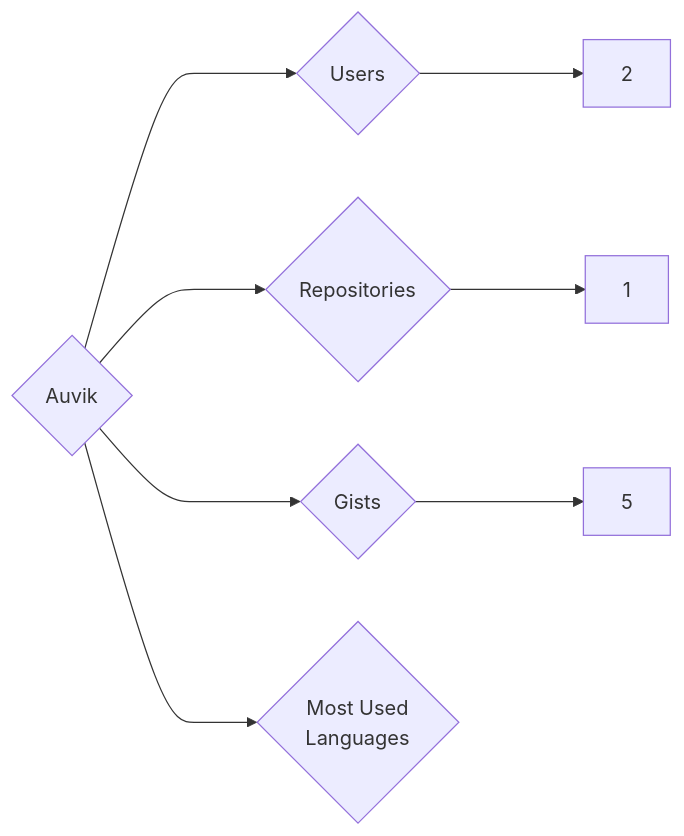
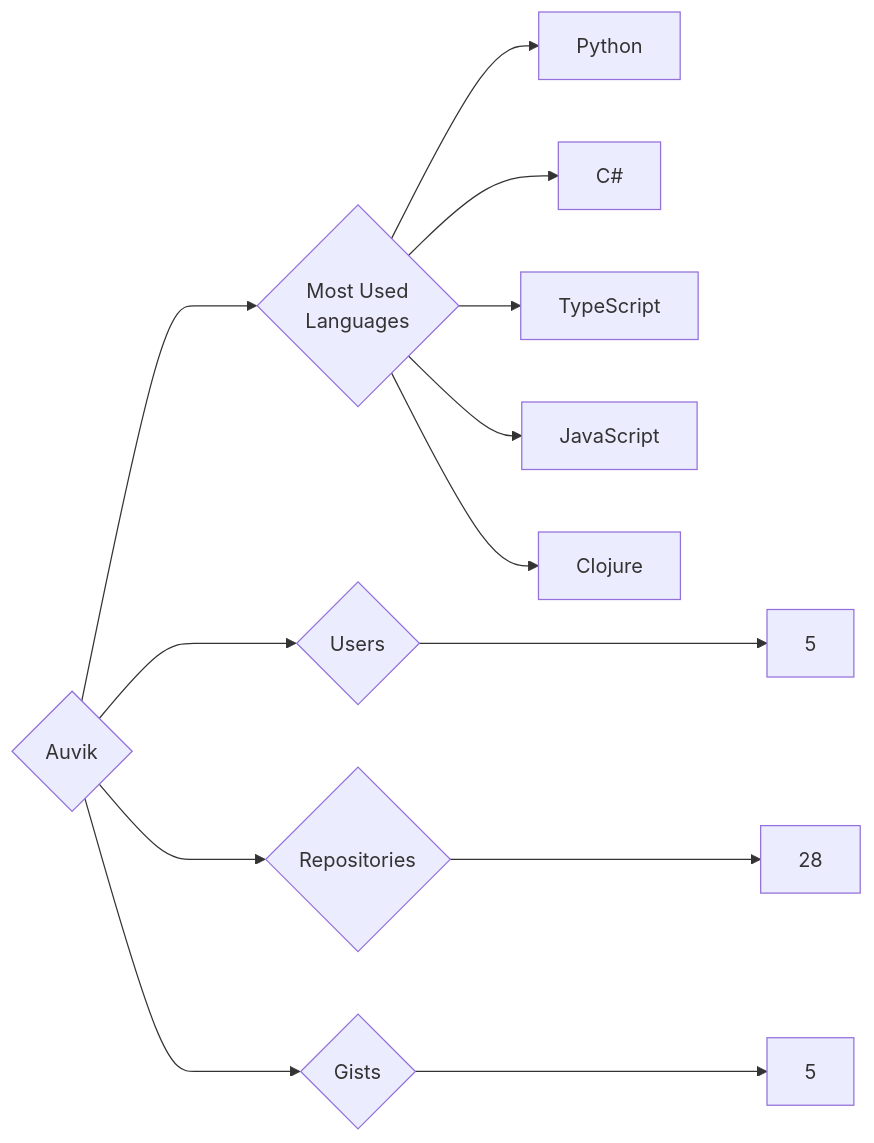
One commit to trickest/insiders changed the diagram in targets/Auvik/README.md. Above: the diagram before and after it, drawn with Mermaid. The commit also changed 1003 other files, not shown here.

````diff
--- a/targets/Auvik/README.md
+++ b/targets/Auvik/README.md
@@ -3,8 +3,13 @@
 ```mermaid
 graph LR
 COMPANY_NAME{Auvik}
-COMPANY_NAME ---> U{Users} ---> UN[2]
-COMPANY_NAME ---> R{Repositories} ---> RN[1]
+COMPANY_NAME ---> U{Users} ---> UN[5]
+COMPANY_NAME ---> R{Repositories} ---> RN[28]
 COMPANY_NAME ---> G{Gists} ---> GN[5]
 COMPANY_NAME ---> ML{Most Used<br>Languages}
+ML --> Python[Python]
+ML --> C#[C#]
+ML --> TypeScript[TypeScript]
+ML --> JavaScript[JavaScript]
+ML --> Clojure[Clojure]
 ```
````
